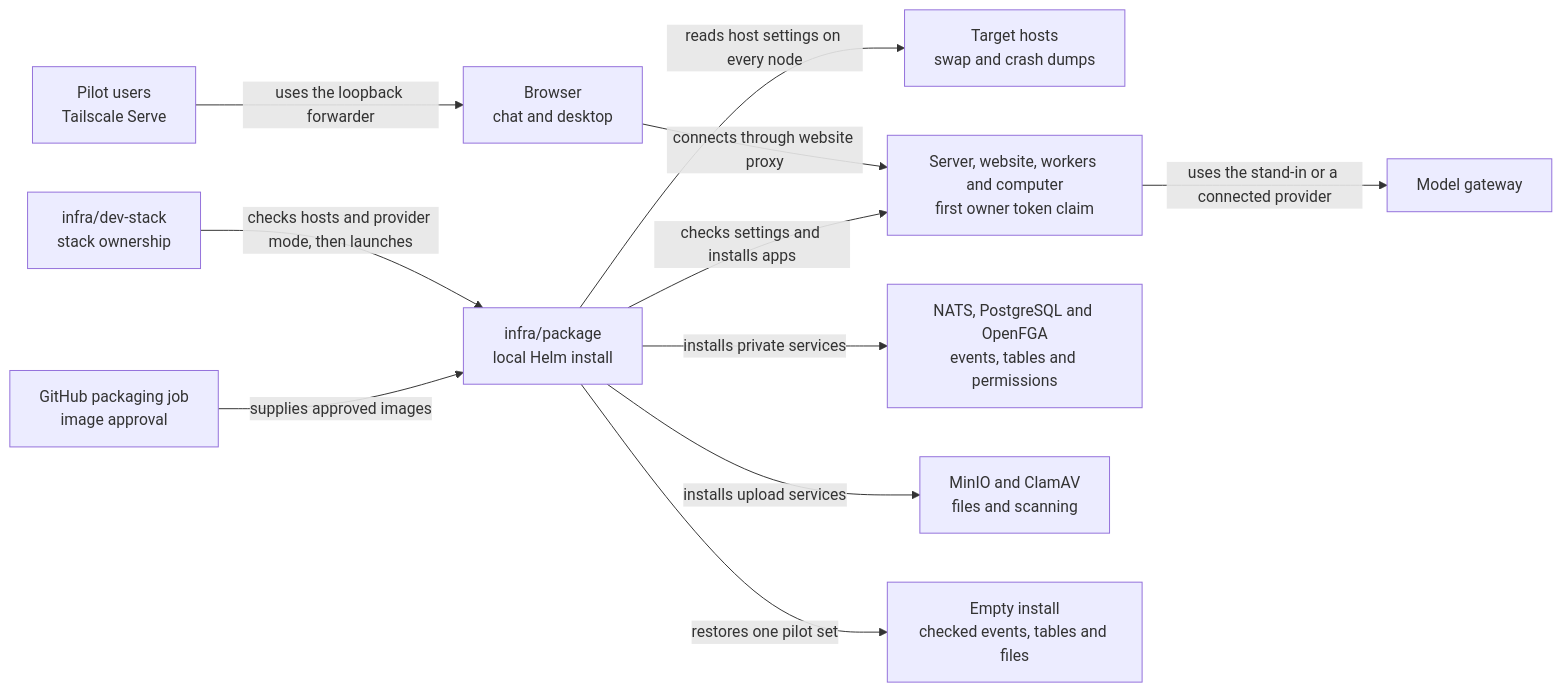
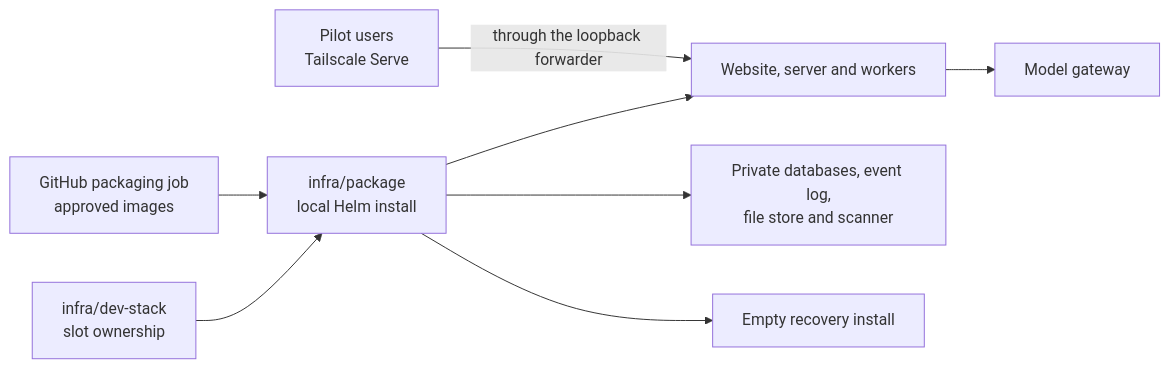
One commit to elewa-git/opencrane-new changed the diagram in infra/package/README.md. Above: the diagram before and after it, drawn with Mermaid. The commit also changed other lines of this file and 31 other files, not shown here.

````diff
--- a/infra/package/README.md
+++ b/infra/package/README.md
@@ -19,13 +19,10 @@
 ```mermaid
 flowchart LR
-  stack["infra/dev-stack<br/>stack ownership"] -->|checks hosts and provider mode, then launches| package["infra/package<br/>local Helm install"]
-  packaging["GitHub packaging job<br/>image approval"] -->|supplies approved images| package
-  package -->|reads host settings on every node| hosts["Target hosts<br/>swap and crash dumps"]
-  browser["Browser<br/>chat and desktop"] -->|connects through website proxy| apps
-  tailnet["Pilot users<br/>Tailscale Serve"] -->|uses the loopback forwarder| browser
-  package -->|checks settings and installs apps| apps["Server, website, workers and computer<br/>first owner token claim"]
-  package -->|installs private services| services["NATS, PostgreSQL and OpenFGA<br/>events, tables and permissions"]
-  apps -->|uses the stand-in or a connected provider| models["Model gateway"]
-  package -->|installs upload services| files["MinIO and ClamAV<br/>files and scanning"]
-  package -->|restores one pilot set| restore["Empty install<br/>checked events, tables and files"]
+  stack["infra/dev-stack<br/>slot ownership"] --> package["infra/package<br/>local Helm install"]
+  ci["GitHub packaging job<br/>approved images"] --> package
+  package --> apps["Website, server and workers"]
+  tailnet["Pilot users<br/>Tailscale Serve"] -->|through the loopback forwarder| apps
+  package --> services["Private databases, event log,<br/>file store and scanner"]
+  apps --> models["Model gateway"]
+  package --> recovery["Empty recovery install"]
 ```
````
